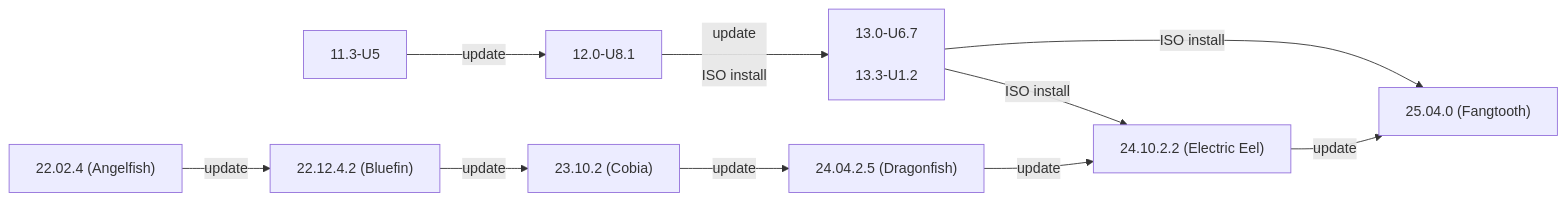
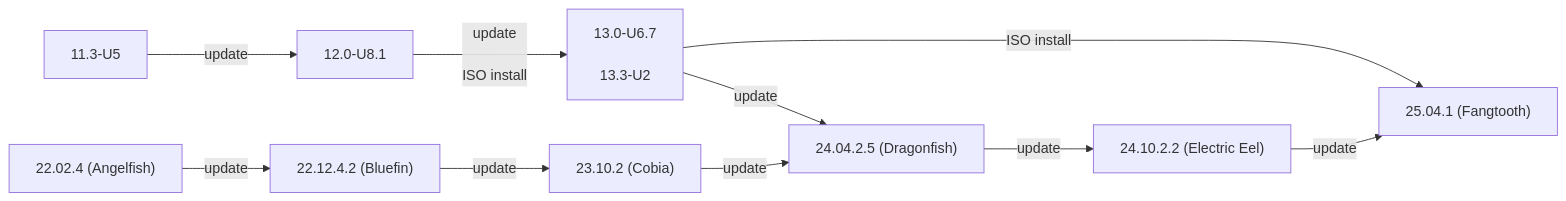
Before and after one commit to truenas/documentation: the first of 2 diagrams in static/includes/SCALEUpgradePaths.md, drawn with Mermaid. The commit also changed other lines of this file, not shown here.

```diff
--- a/static/includes/SCALEUpgradePaths.md
+++ b/static/includes/SCALEUpgradePaths.md
@@ -67,13 +67,13 @@
           {{< mermaid class="mermaid_sizing" >}}
           flowchart LR
             A["11.3-U5"] -->|update| B["12.0-U8.1"]
-            B -->|"update<br><br>ISO install"| C["13.0-U6.7<br><br>13.3-U1.2"]
-            C -->|ISO install| H
+            B -->|"update<br><br>ISO install"| C["13.0-U6.7<br><br>13.3-U2"]
+            C -->|update| G
             C -->|ISO install| I
             D["22.02.4 (Angelfish)"] -->|update| E
             E["22.12.4.2 (Bluefin)"] -->|update| F
             F["23.10.2 (Cobia)"] -->|update| G
             G["24.04.2.5 (Dragonfish)"] -->|update| H
             H["24.10.2.2 (Electric Eel)"] -->|update| I
-            I["25.04.0 (Fangtooth)"]
+            I["25.04.1 (Fangtooth)"]
           {{< /mermaid >}}
```
